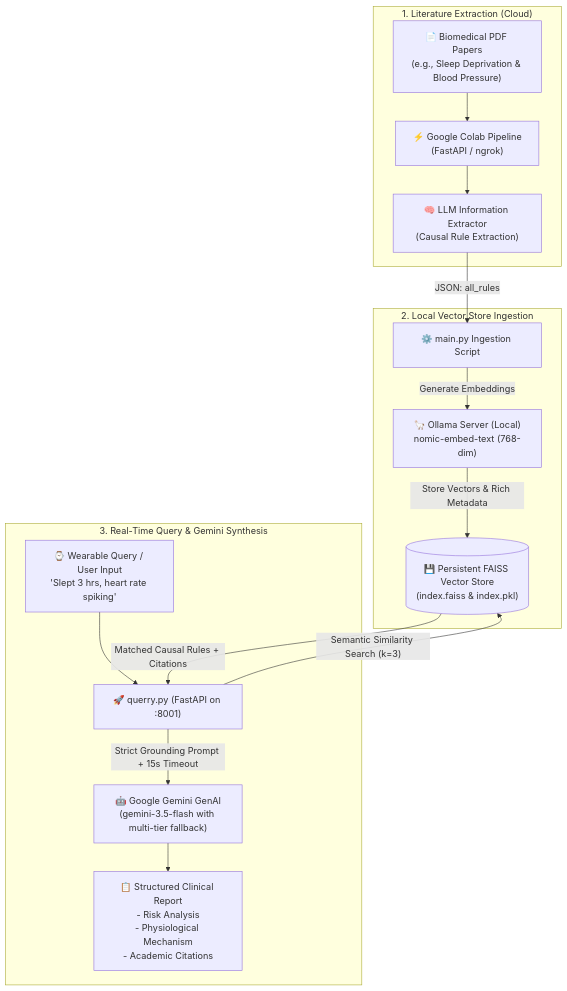
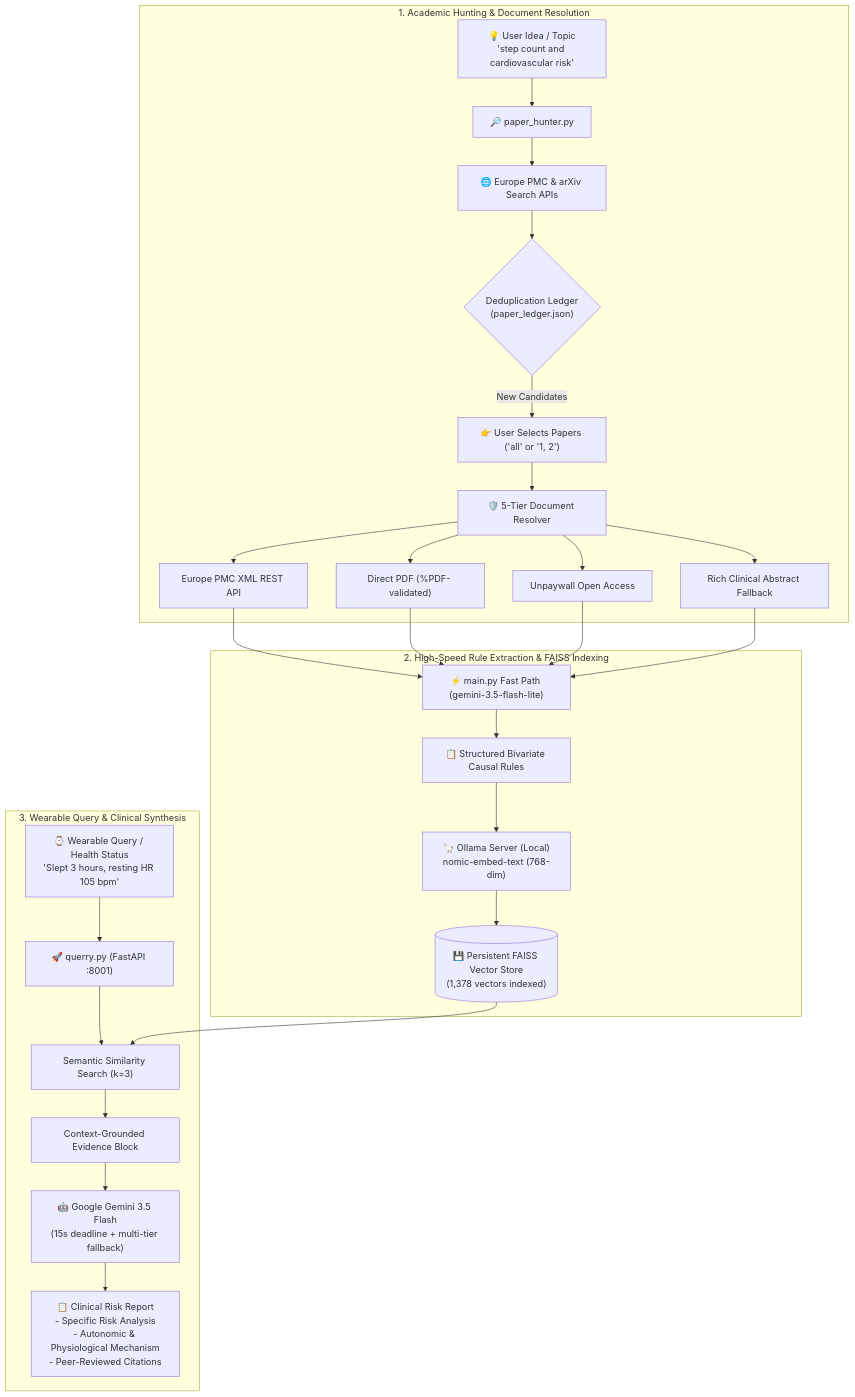
One commit to oolalabravo/health-rules-extractor-rag changed the first of 2 diagrams in README.md. Above: the diagram before and after it, drawn with Mermaid. The commit also changed other lines of this file and 4 other files, not shown here.

Commit message:
docs: overhaul README with Zero-Skip document resolver, fast Gemini extraction, and paper hunter workflow

````diff
--- a/README.md
+++ b/README.md
@@ -44,32 +61,33 @@
 ```mermaid
 flowchart TD
-    subgraph S1 ["1. Literature Extraction (Cloud)"]
-        PDF["📄 Biomedical PDF Papers<br/>(e.g., Sleep Deprivation & Blood Pressure)"]
-        Colab["⚡ Google Colab Pipeline<br/>(FastAPI / ngrok)"]
-        IE["🧠 LLM Information Extractor<br/>(Causal Rule Extraction)"]
-        PDF --> Colab
-        Colab --> IE
+    subgraph S1 ["1. Academic Hunting & Document Resolution"]
+        Idea["💡 User Idea / Topic<br/>'step count and cardiovascular risk'"] --> Hunter["🔎 paper_hunter.py"]
+        Hunter --> SearchAPIs["🌐 Europe PMC & arXiv Search APIs"]
+        SearchAPIs --> Dedup{"Deduplication Ledger<br/>(paper_ledger.json)"}
+        Dedup -->|New Candidates| UserSelect["👉 User Selects Papers ('all' or '1, 2')"]
+        UserSelect --> Resolver["🛡️ 5-Tier Document Resolver"]
+        Resolver --> EPMC["Europe PMC XML REST API"]
+        Resolver --> DirectPDF["Direct PDF (%PDF- validated)"]
+        Resolver --> Unpaywall["Unpaywall Open Access"]
+        Resolver --> Abstract["Rich Clinical Abstract Fallback"]
     end
 
-    subgraph S2 ["2. Local Vector Store Ingestion"]
-        MainPy["⚙️ main.py Ingestion Script"]
-        Ollama["🦙 Ollama Server (Local)<br/>nomic-embed-text (768-dim)"]
-        FAISS[("💾 Persistent FAISS Vector Store<br/>(index.faiss & index.pkl)")]
-        IE -->|"JSON: all_rules"| MainPy
-        MainPy -->|"Generate Embeddings"| Ollama
-        Ollama -->|"Store Vectors & Rich Metadata"| FAISS
+    subgraph S2 ["2. High-Speed Rule Extraction & FAISS Indexing"]
+        EPMC --> Ingest["⚡ main.py Fast Path (gemini-3.5-flash-lite)"]
+        DirectPDF --> Ingest
+        Unpaywall --> Ingest
+        Abstract --> Ingest
+        Ingest --> RuleSchema["📋 Structured Bivariate Causal Rules"]
+        RuleSchema --> Ollama["🦙 Ollama Server (Local)<br/>nomic-embed-text (768-dim)"]
+        Ollama --> FAISS[("💾 Persistent FAISS Vector Store<br/>(1,378 vectors indexed)")]
     end
 
-    subgraph S3 ["3. Real-Time Query & Gemini Synthesis"]
-        UserQuery["⌚ Wearable Query / User Input<br/>'Slept 3 hrs, heart rate spiking'"]
-        QuerryPy["🚀 querry.py (FastAPI on :8001)"]
-        Gemini["🤖 Google Gemini GenAI<br/>(gemini-3.5-flash with multi-tier fallback)"]
-        Report["📋 Structured Clinical Report<br/>- Risk Analysis<br/>- Physiological Mechanism<br/>- Academic Citations"]
-        
-        UserQuery --> QuerryPy
-        QuerryPy -->|"Semantic Similarity Search (k=3)"| FAISS
-        FAISS -->|"Matched Causal Rules + Citations"| QuerryPy
-        QuerryPy -->|"Strict Grounding Prompt + 15s Timeout"| Gemini
-        Gemini --> Report
+    subgraph S3 ["3. Wearable Query & Clinical Synthesis"]
+        SensorQuery["⌚ Wearable Query / Health Status<br/>'Slept 3 hours, resting HR 105 bpm'"] --> QuerryAPI["🚀 querry.py (FastAPI :8001)"]
+        QuerryAPI --> VectorMatch["Semantic Similarity Search (k=3)"]
+        FAISS --> VectorMatch
+        VectorMatch --> Context["Context-Grounded Evidence Block"]
+        Context --> GeminiFlash["🤖 Google Gemini 3.5 Flash<br/>(15s deadline + multi-tier fallback)"]
+        GeminiFlash --> ClinicalReport["📋 Clinical Risk Report<br/>- Specific Risk Analysis<br/>- Autonomic & Physiological Mechanism<br/>- Peer-Reviewed Citations"]
     end
 ```
````
